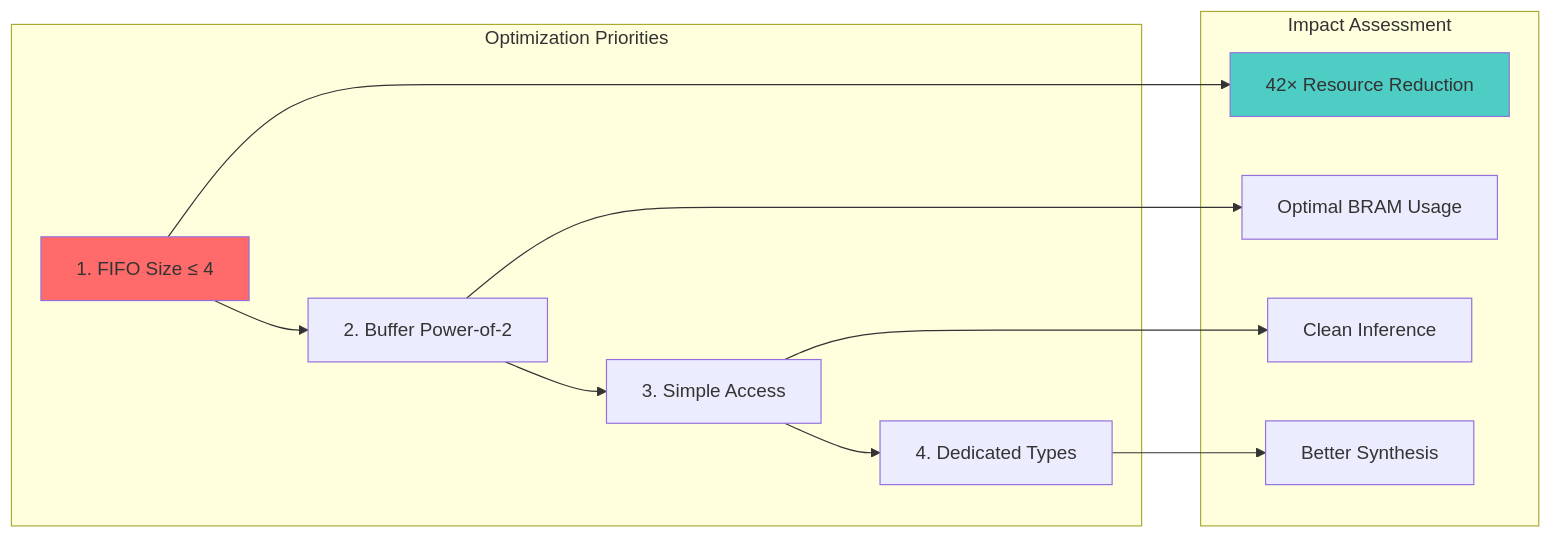
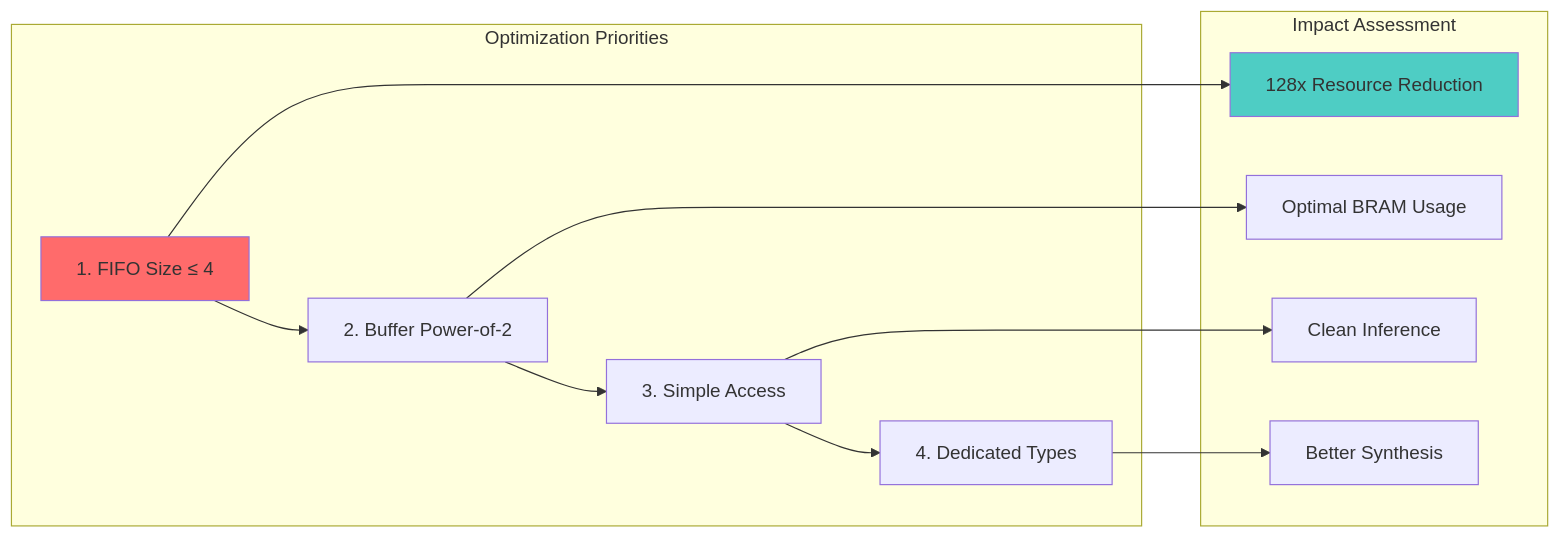
Before and after one commit to rockyco/extractSSBsig: the tenth of 16 diagrams in README.md, drawn with Mermaid. The commit also changed other lines of this file and 3 other files, not shown here.

````diff
--- a/README.md
+++ b/README.md
@@ -702,18 +702,18 @@
 ```mermaid
 graph LR
     subgraph "Optimization Priorities"
         P1[1. FIFO Size ≤ 4] --> P2[2. Buffer Power-of-2]
         P2 --> P3[3. Simple Access]
         P3 --> P4[4. Dedicated Types]
     end
     
     subgraph "Impact Assessment"
-        P1 --> I1[42× Resource Reduction]
+        P1 --> I1[128x Resource Reduction]
         P2 --> I2[Optimal BRAM Usage]
         P3 --> I3[Clean Inference]
         P4 --> I4[Better Synthesis]
     end
     
     style P1 fill:#ff6b6b
     style I1 fill:#4ecdc4
 ```
````
